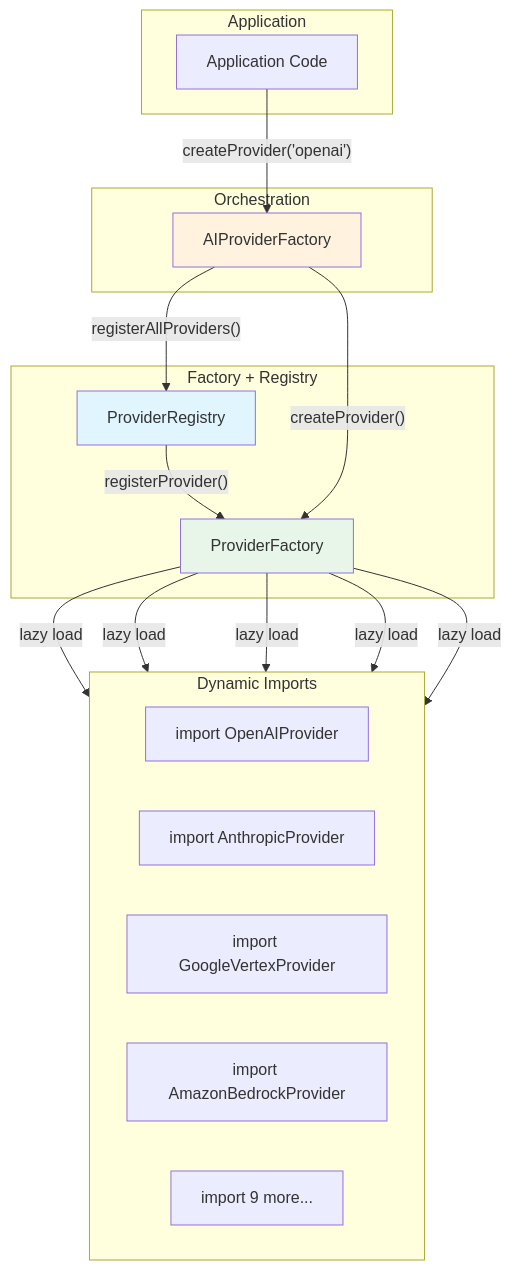
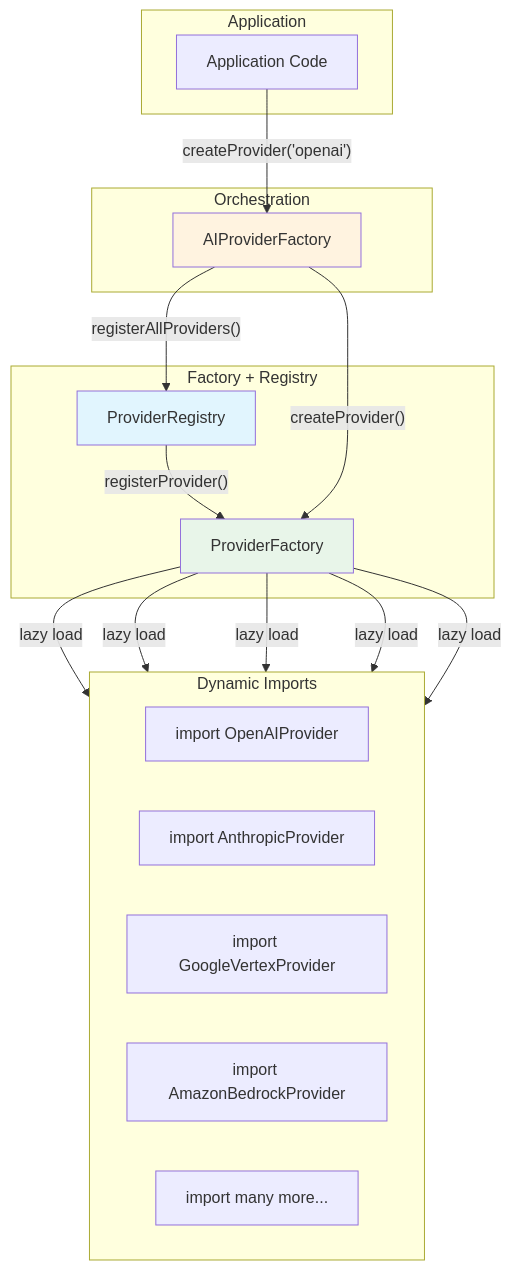
Before and after one commit to juspay/neurolink-blog: the diagram in _posts/2025-08-28-factory-registry-pattern.md, drawn with Mermaid. The commit also changed other lines of this file and 172 other files, not shown here.

````diff
--- a/_posts/2025-08-28-factory-registry-pattern.md
+++ b/_posts/2025-08-28-factory-registry-pattern.md
@@ -205,38 +205,38 @@
 ```mermaid
 graph TB
     subgraph "Application"
         APP[Application Code]
     end
 
     subgraph "Orchestration"
         AIF[AIProviderFactory]
     end
 
     subgraph "Factory + Registry"
         PF[ProviderFactory]
         PR[ProviderRegistry]
     end
 
     subgraph "Dynamic Imports"
         direction LR
         D1["import OpenAIProvider"]
         D2["import AnthropicProvider"]
         D3["import GoogleVertexProvider"]
         D4["import AmazonBedrockProvider"]
-        D5["import 9 more..."]
+        D5["import many more..."]
     end
 
     APP -->|"createProvider('openai')"| AIF
     AIF -->|"registerAllProviders()"| PR
     PR -->|"registerProvider()"| PF
     AIF -->|"createProvider()"| PF
     PF -->|"lazy load"| D1
     PF -->|"lazy load"| D2
     PF -->|"lazy load"| D3
     PF -->|"lazy load"| D4
     PF -->|"lazy load"| D5
 
     style PR fill:#e1f5fe
     style PF fill:#e8f5e9
     style AIF fill:#fff3e0
 ```
````
